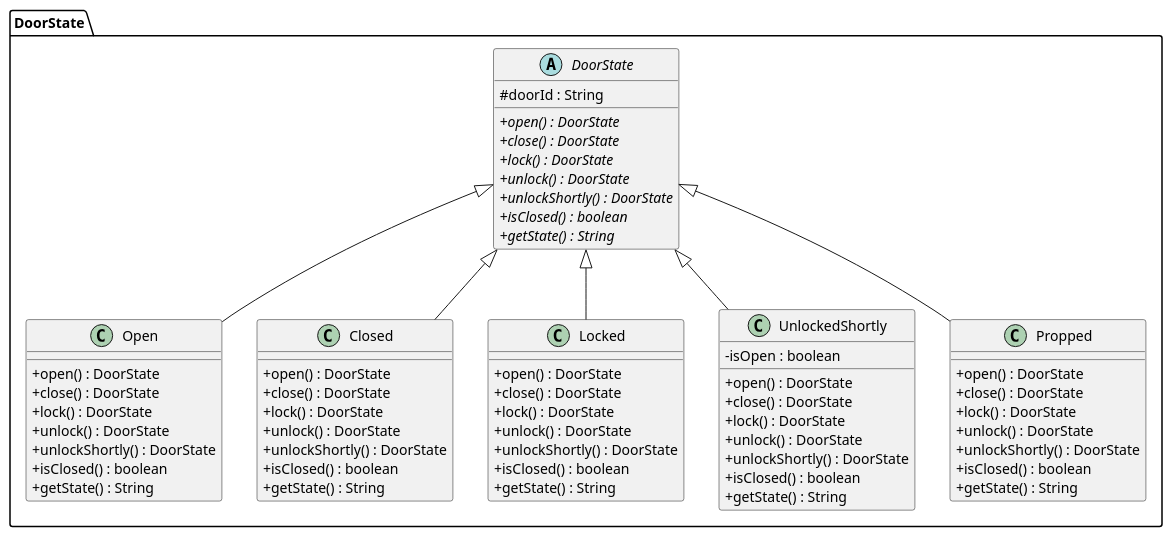
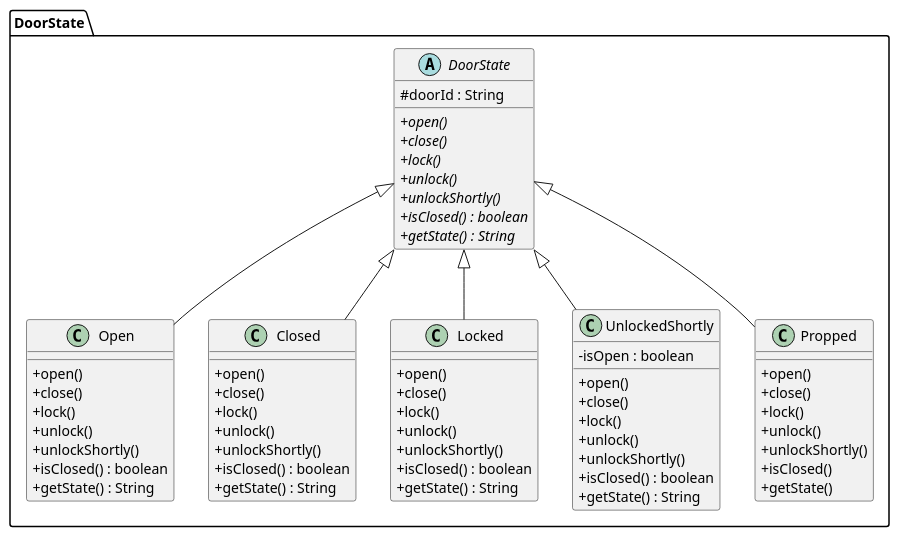
The diagram in src/baseNoStates/uml/package_DoorState.puml (PatataZezy/PracticaDS), drawn with PlantUML before and after one commit. The commit also changed 3 other files, not shown here.

Commit message:
Updated UML diagrams

```diff
--- a/src/baseNoStates/uml/package_DoorState.puml
+++ b/src/baseNoStates/uml/package_DoorState.puml
@@ -1,68 +1,68 @@
 @startuml
 'https://plantuml.com/class-diagram
 skinparam classAttributeIconSize 0
 
 package "DoorState" {
     abstract class "DoorState" {
         # doorId : String
-        + {abstract} open() : DoorState
-        + {abstract} close() : DoorState
-        + {abstract} lock() : DoorState
-        + {abstract} unlock() : DoorState
-        + {abstract} unlockShortly() : DoorState
+        + {abstract} open()
+        + {abstract} close()
+        + {abstract} lock()
+        + {abstract} unlock()
+        + {abstract} unlockShortly()
         + {abstract} isClosed() : boolean
         + {abstract} getState() : String
     }
 
     class "Open" extends "DoorState" {
-        + open() : DoorState
-        + close() : DoorState
-        + lock() : DoorState
-        + unlock() : DoorState
-        + unlockShortly() : DoorState
+        + open()
+        + close()
+        + lock()
+        + unlock()
+        + unlockShortly()
         + isClosed() : boolean
         + getState() : String
     }
 
     class "Closed" extends "DoorState" {
-        + open() : DoorState
-        + close() : DoorState
-        + lock() : DoorState
-        + unlock() : DoorState
-        + unlockShortly() : DoorState
+        + open()
+        + close()
+        + lock()
+        + unlock()
+        + unlockShortly()
         + isClosed() : boolean
         + getState() : String
     }
 
     class "Locked" extends "DoorState" {
-        + open() : DoorState
-        + close() : DoorState
-        + lock() : DoorState
-        + unlock() : DoorState
-        + unlockShortly() : DoorState
+        + open()
+        + close()
+        + lock()
+        + unlock()
+        + unlockShortly()
         + isClosed() : boolean
         + getState() : String
     }
 
     class "UnlockedShortly" extends "DoorState" {
         - isOpen : boolean
-        + open() : DoorState
-        + close() : DoorState
-        + lock() : DoorState
-        + unlock() : DoorState
-        + unlockShortly() : DoorState
+        + open()
+        + close()
+        + lock()
+        + unlock()
+        + unlockShortly()
         + isClosed() : boolean
         + getState() : String
     }
 
     class "Propped" extends "DoorState" {
-        + open() : DoorState
-        + close() : DoorState
-        + lock() : DoorState
-        + unlock() : DoorState
-        + unlockShortly() : DoorState
-        + isClosed() : boolean
-        + getState() : String
+        + open()
+        + close()
+        + lock()
+        + unlock()
+        + unlockShortly()
+        + isClosed()
+        + getState()
     }
 }
 @enduml
```
